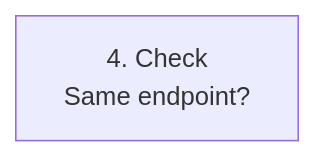
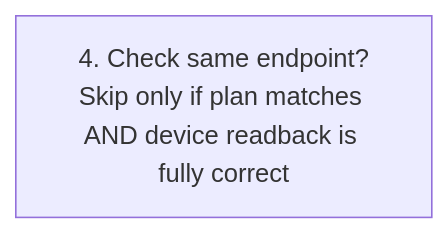
Before and after one commit to me-systeme/StartupCAN: the fifth of 12 diagrams in README.md, drawn with Mermaid. The commit also changed other lines of this file and 3 other files, not shown here.

````diff
--- a/README.md
+++ b/README.md
@@ -484,4 +516,4 @@
 ```mermaid
 flowchart TD
-A["4. Check <br/>Same endpoint?"]
+A["4. Check same endpoint?<br/>Skip only if plan matches AND device readback is fully correct"]
 ```
````
